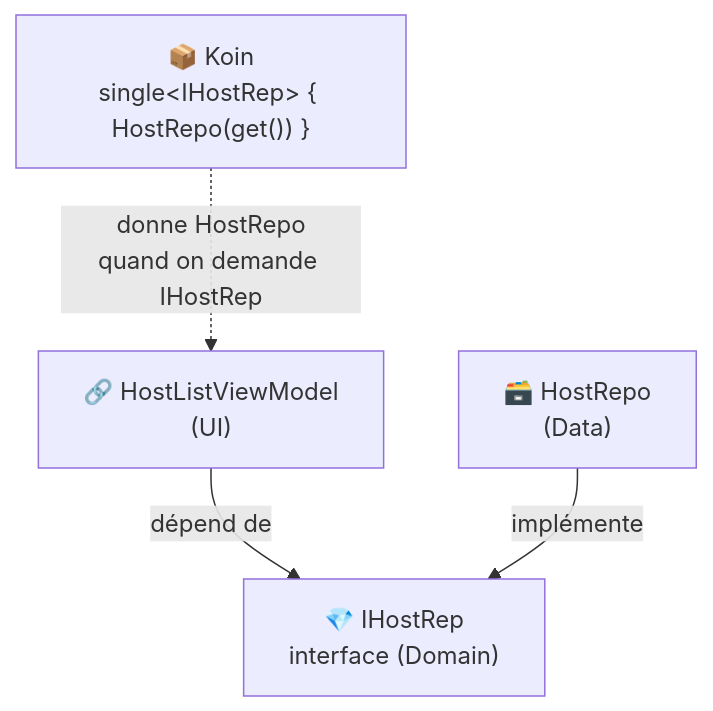
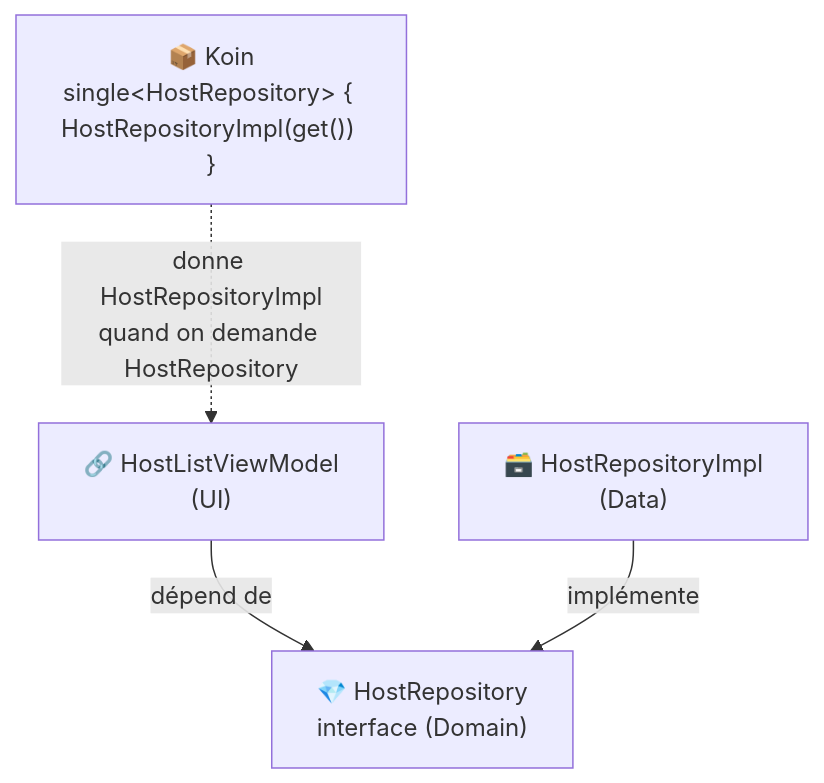
The second of 3 diagrams in doc_kotlin/architecture/00 Architecture.md (theopayet1/brain_bean), drawn with Mermaid before and after one commit. The commit also changed other lines of this file and 24 other files, not shown here.

````diff
--- a/doc_kotlin/architecture/00 Architecture.md
+++ b/doc_kotlin/architecture/00 Architecture.md
@@ -73,6 +73,6 @@
 ```mermaid
 flowchart TD
-    VM["🔗 HostListViewModel<br/>(UI)"] -->|"dépend de"| I["💎 IHostRep<br/>interface (Domain)"]
-    R["🗃️ HostRepo<br/>(Data)"] -->|implémente| I
-    K["📦 Koin<br/>single#60;IHostRep#62; { HostRepo(get()) }"] -.->|"donne HostRepo<br/>quand on demande IHostRep"| VM
+    VM["🔗 HostListViewModel<br/>(UI)"] -->|"dépend de"| I["💎 HostRepository<br/>interface (Domain)"]
+    R["🗃️ HostRepositoryImpl<br/>(Data)"] -->|implémente| I
+    K["📦 Koin<br/>single#60;HostRepository#62; { HostRepositoryImpl(get()) }"] -.->|"donne HostRepositoryImpl<br/>quand on demande HostRepository"| VM
 ```
````
